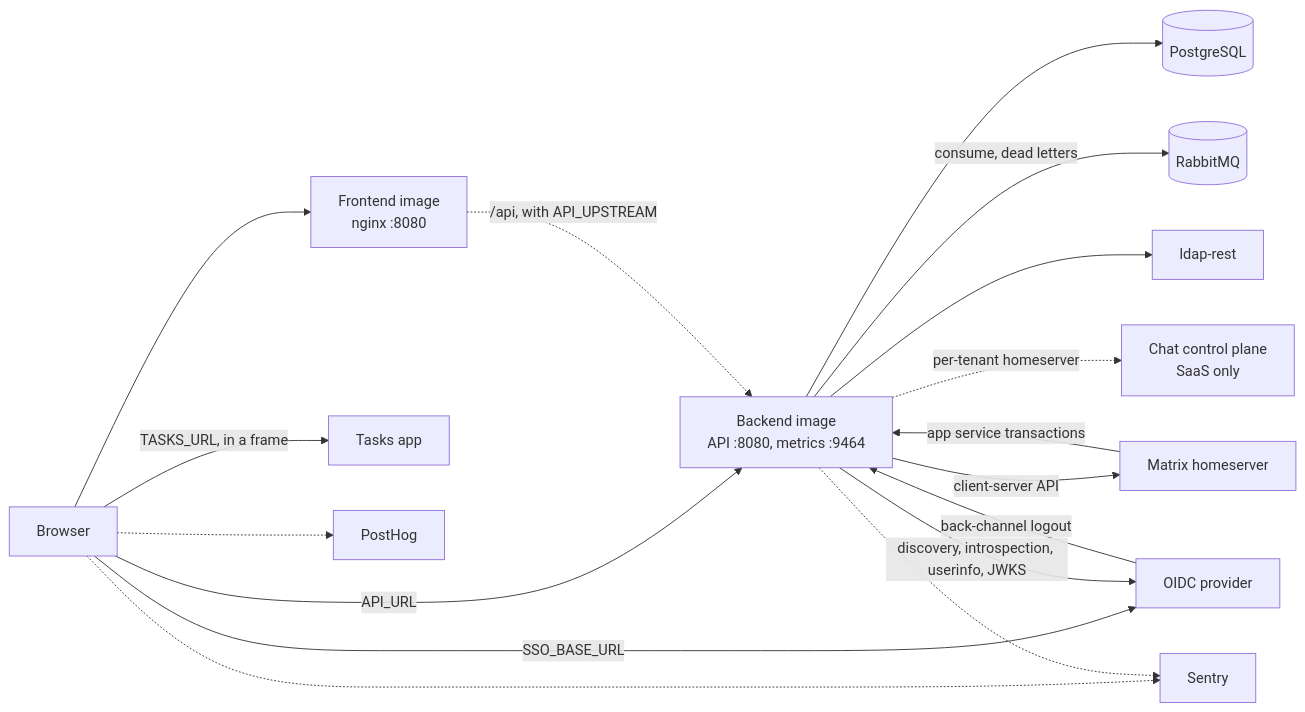
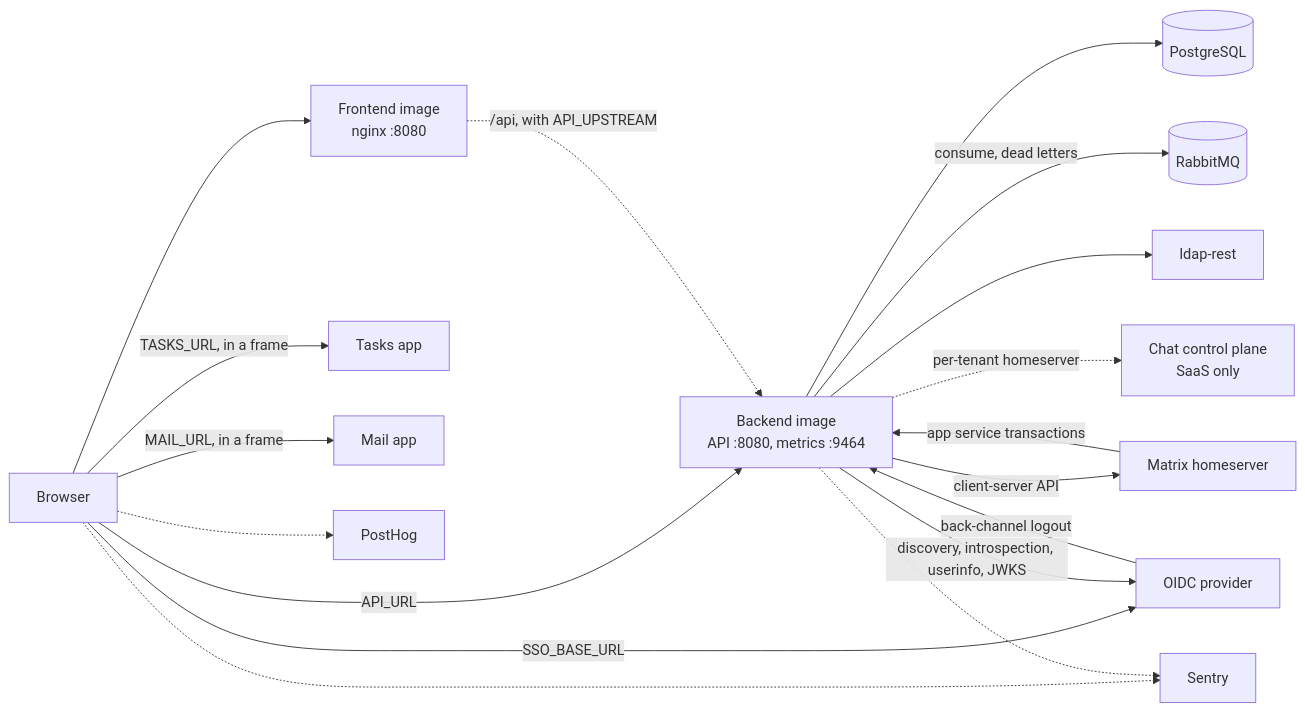
The diagram in docs/deploy.md (linagora/twake-space), drawn with Mermaid before and after one commit. The commit also changed other lines of this file and 24 other files, not shown here.

Commit message:
feat(frontend): frame the team mailbox in the space's Mail tab

````diff
--- a/docs/deploy.md
+++ b/docs/deploy.md
@@ -10,32 +10,34 @@
 ```mermaid
 flowchart LR
   browser[Browser]
   fe[Frontend image<br/>nginx :8080]
   be[Backend image<br/>API :8080, metrics :9464]
   pg[(PostgreSQL)]
   rabbitmq[(RabbitMQ)]
   ldap[ldap-rest]
   oidc[OIDC provider]
   hs[Matrix homeserver]
   cp[Chat control plane<br/>SaaS only]
   tasks[Tasks app]
+  mail[Mail app]
   sentry[Sentry]
   posthog[PostHog]
 
   browser --> fe
   browser -->|API_URL| be
   fe -.->|/api, with API_UPSTREAM| be
   browser -->|SSO_BASE_URL| oidc
   browser -->|TASKS_URL, in a frame| tasks
+  browser -->|MAIL_URL, in a frame| mail
   browser -.-> sentry
   browser -.-> posthog
   be --> pg
   be -->|consume, dead letters| rabbitmq
   be --> ldap
   be -->|discovery, introspection, userinfo, JWKS| oidc
   oidc -->|back-channel logout| be
   be -->|client-server API| hs
   hs -->|app service transactions| be
   be -.->|per-tenant homeserver| cp
   be -.-> sentry
 ```
````
